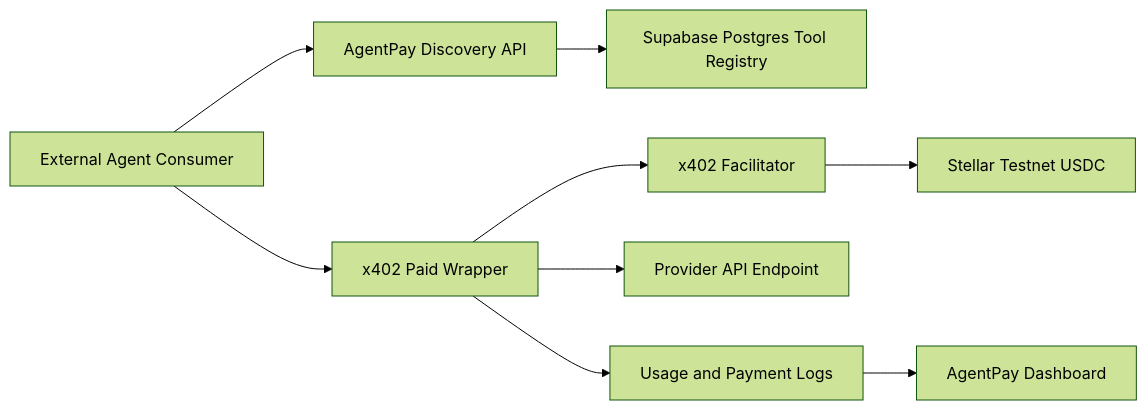
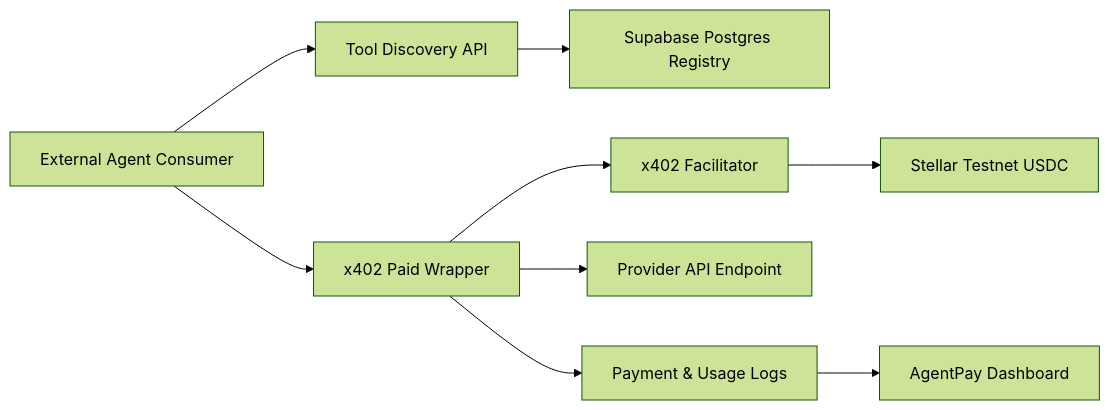
The second of 2 diagrams in README.md (wildanniam/AgentPay), drawn with Mermaid (forest theme) before and after one commit. The commit also changed other lines of this file, not shown here.

````diff
--- a/README.md
+++ b/README.md
@@ -85,11 +120,11 @@
 ```mermaid
 flowchart LR
-  Agent["External Agent Consumer"] --> Discovery["AgentPay Discovery API"]
-  Discovery --> Registry["Supabase Postgres Tool Registry"]
+  Agent["External Agent Consumer"] --> Discovery["Tool Discovery API"]
+  Discovery --> Registry["Supabase Postgres Registry"]
   Agent --> Wrapper["x402 Paid Wrapper"]
   Wrapper --> Facilitator["x402 Facilitator"]
   Facilitator --> Stellar["Stellar Testnet USDC"]
   Wrapper --> Provider["Provider API Endpoint"]
-  Wrapper --> Logs["Usage and Payment Logs"]
+  Wrapper --> Logs["Payment & Usage Logs"]
   Logs --> Dashboard["AgentPay Dashboard"]
 ```
````
